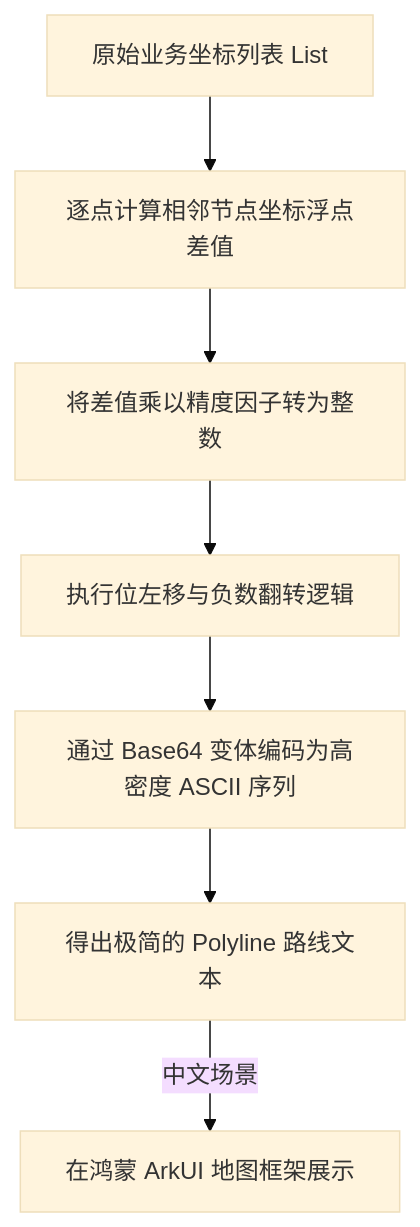
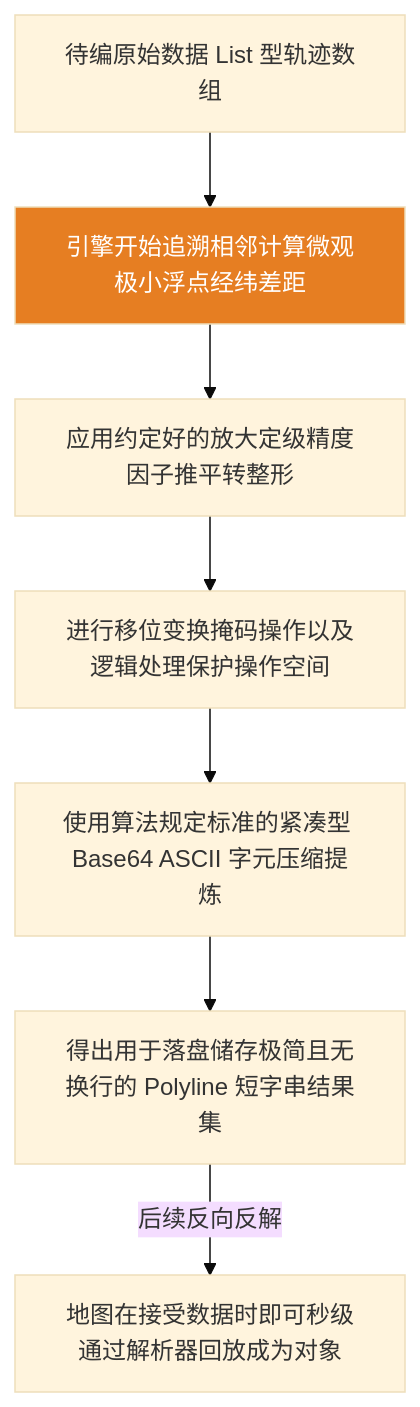
The diagram in posts/2026/0221/google_polyline_algorithm.md (happyphper/blog), drawn with Mermaid (base theme) before and after one commit. The commit also changed other lines of this file and 4 other files, not shown here.

````diff
--- a/posts/2026/0221/google_polyline_algorithm.md
+++ b/posts/2026/0221/google_polyline_algorithm.md
@@ -16,9 +26,10 @@
 ```mermaid
 graph TD
-    A[原始业务坐标列表 List<LatLng>] --> B[逐点计算相邻节点坐标浮点差值]
-    B --> C[将差值乘以精度因子转为整数]
-    C --> D[执行位左移与负数翻转逻辑]
-    D --> E[通过 Base64 变体编码为高密度 ASCII 序列]
-    E --> F[得出极简的 Polyline 路线文本]
-    F -->|中文场景| G[在鸿蒙 ArkUI 地图框架展示]
+    A[待编原始数据 List<Double> 型轨迹数组] --> B[引擎开始追溯相邻计算微观极小浮点经纬差距]
+    B --> C[应用约定好的放大定级精度因子推平转整形]
+    C --> D[进行移位变换掩码操作以及逻辑处理保护操作空间]
+    D --> E[使用算法规定标准的紧凑型 Base64 ASCII 字元压缩提炼]
+    E --> F[得出用于落盘储存极简且无换行的 Polyline 短字串结果集]
+    F -->|后续反向反解| G[地图在接受数据时即可秒级通过解析器回放成为对象]
+    style B fill:#e67e22,color:white
 ```
````
